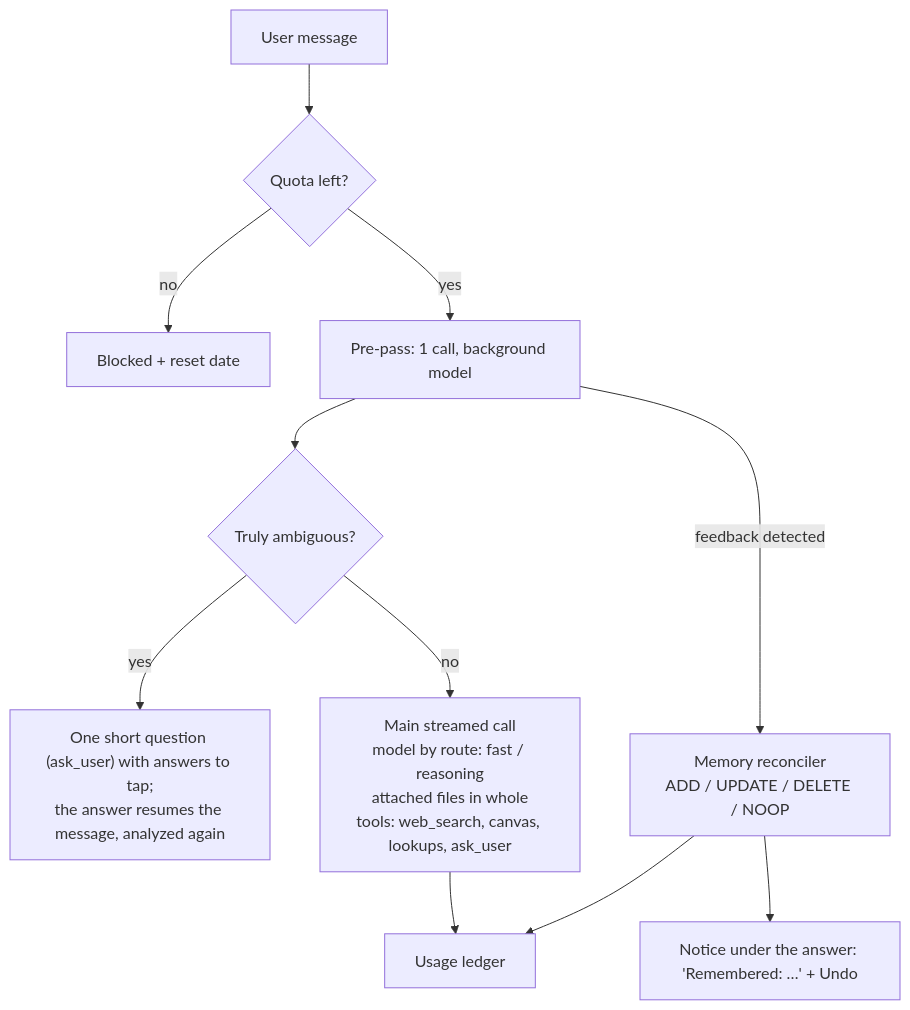
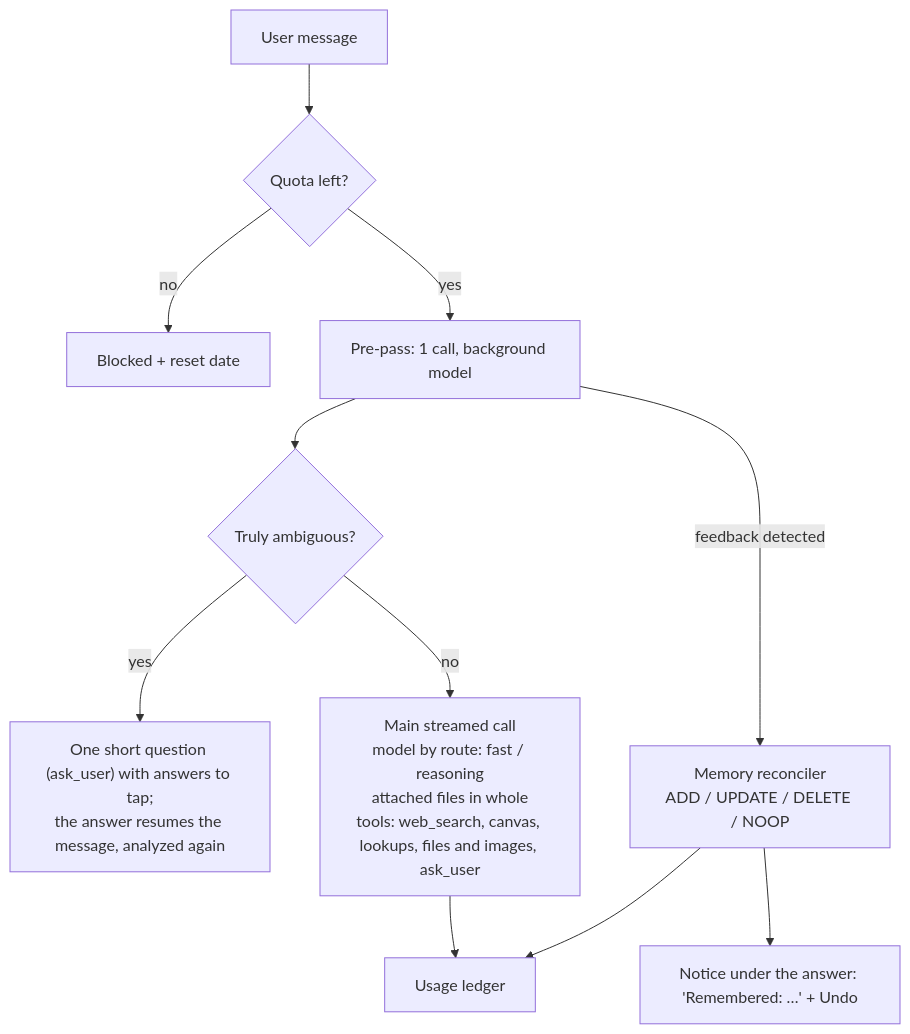
The diagram in SPEC.md (jonasroussel/open-agent), drawn with Mermaid before and after one commit. The commit also changed other lines of this file and 31 other files, not shown here.

````diff
--- a/SPEC.md
+++ b/SPEC.md
@@ -50,13 +50,13 @@
 ```mermaid
 flowchart TD
   A[User message] --> Q{Quota left?}
   Q -- no --> B[Blocked + reset date]
   Q -- yes --> P["Pre-pass: 1 call, background model"]
   P --> C{Truly ambiguous?}
   C -- yes --> D["One short question (ask_user) with answers to tap;<br/>the answer resumes the message, analyzed again"]
-  C -- no --> M["Main streamed call<br/>model by route: fast / reasoning<br/>attached files in whole<br/>tools: web_search, canvas, lookups, ask_user"]
+  C -- no --> M["Main streamed call<br/>model by route: fast / reasoning<br/>attached files in whole<br/>tools: web_search, canvas, lookups, files and images, ask_user"]
   P -- feedback detected --> R["Memory reconciler<br/>ADD / UPDATE / DELETE / NOOP"]
   R --> T["Notice under the answer: 'Remembered: …' + Undo"]
   M --> U[Usage ledger]
   R --> U
 ```
````
